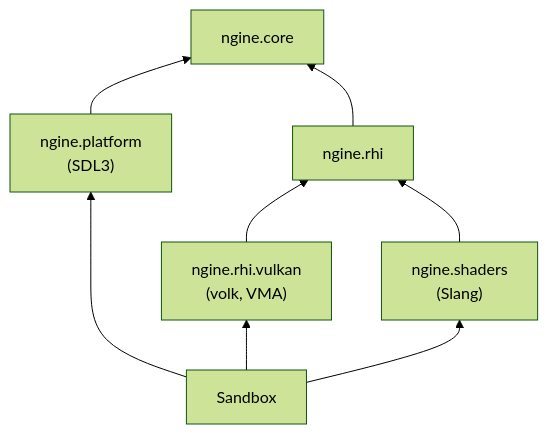
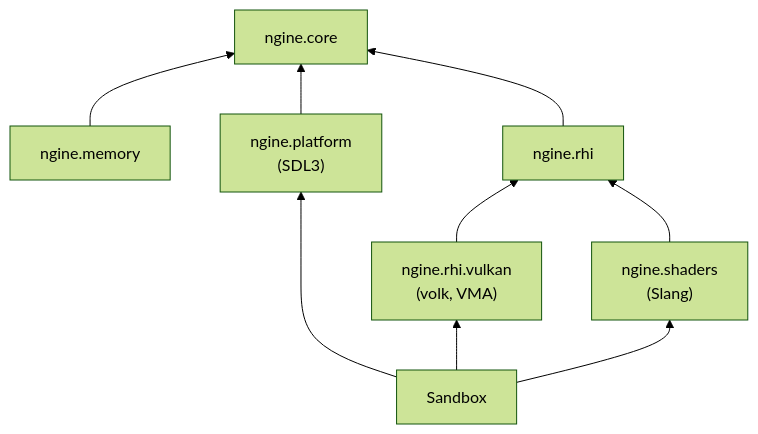
Before and after one commit to viiez/ngine: the second of 2 diagrams in docs/architecture.md, drawn with Mermaid (forest theme). The commit also changed other lines of this file and 16 other files, not shown here.

First line of the commit message:
ngine.memory: Linear-, Frame- und Pool-Allokatoren mit Budgets

````diff
--- a/docs/architecture.md
+++ b/docs/architecture.md
@@ -36,16 +37,18 @@
 ```mermaid
 flowchart BT
     core["ngine.core"]
+    memory["ngine.memory"]
     platform["ngine.platform<br/>(SDL3)"]
     rhi["ngine.rhi"]
     vulkan["ngine.rhi.vulkan<br/>(volk, VMA)"]
     shaders["ngine.shaders<br/>(Slang)"]
     sandbox["Sandbox"]
+    memory --> core
     platform --> core
     rhi --> core
     vulkan --> rhi
     shaders --> rhi
     sandbox --> platform
     sandbox --> vulkan
     sandbox --> shaders
 ```
````
